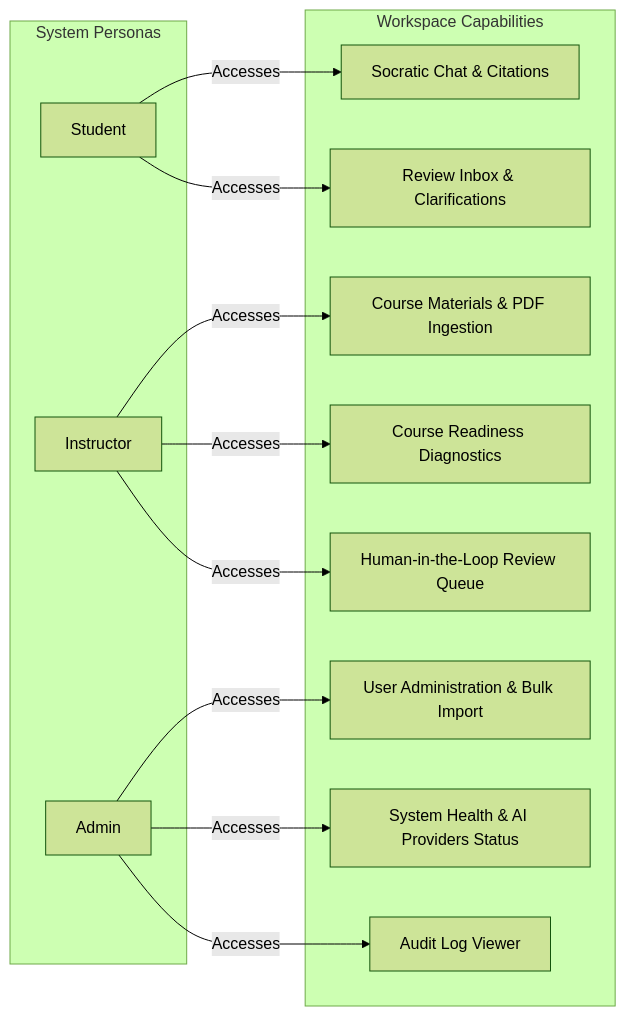
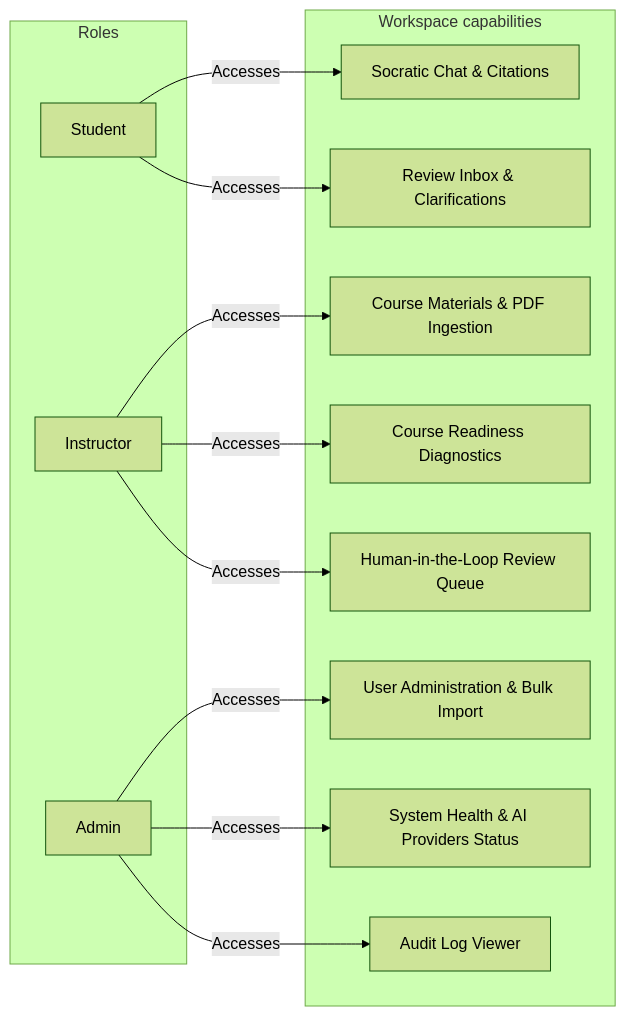
One commit to MahmoudAhmed184/Morshid changed the second of 3 diagrams in docs/developer-guide/01-system-overview.md. Above: the diagram before and after it, drawn with Mermaid (forest theme). The commit also changed other lines of this file and 19 other files, not shown here.

````diff
--- a/docs/developer-guide/01-system-overview.md
+++ b/docs/developer-guide/01-system-overview.md
@@ -41,21 +42,21 @@
 ```mermaid
 graph LR
-    subgraph Roles["System Personas"]
+    subgraph Roles["Roles"]
         S[Student]
         I[Instructor]
         A[Admin]
     end
 
-    subgraph Capabilities["Workspace Capabilities"]
+    subgraph Capabilities["Workspace capabilities"]
         S -->|Accesses| C1[Socratic Chat & Citations]
         S -->|Accesses| C2[Review Inbox & Clarifications]
         
         I -->|Accesses| M1[Course Materials & PDF Ingestion]
         I -->|Accesses| M2[Course Readiness Diagnostics]
         I -->|Accesses| M3[Human-in-the-Loop Review Queue]
 
         A -->|Accesses| G1[User Administration & Bulk Import]
         A -->|Accesses| G2[System Health & AI Providers Status]
         A -->|Accesses| G3[Audit Log Viewer]
     end
 ```
````
